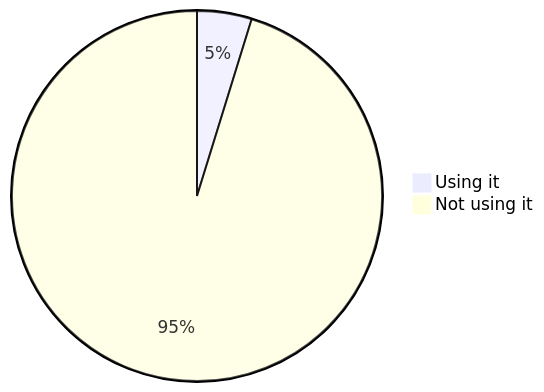
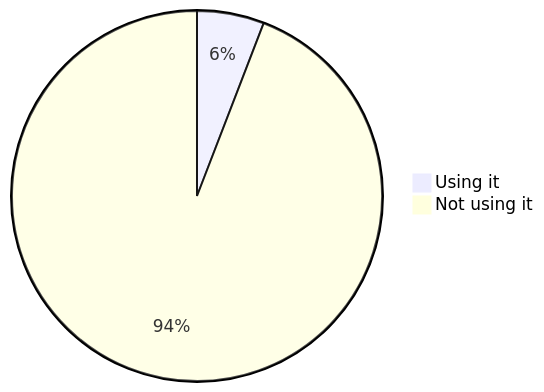
One commit to oshp/oshp-stats changed diagram 11 of 22 in stats.md. Above: the diagram before and after it, drawn with Mermaid. The commit also changed other lines of this file, not shown here.

````diff
--- a/stats.md
+++ b/stats.md
@@ -130,6 +130,6 @@
 ```mermaid
 pie
-	"Using it" : 4.77
-	"Not using it" : 95.23
+	"Using it" : 5.86
+	"Not using it" : 94.14
 
 ```
````
